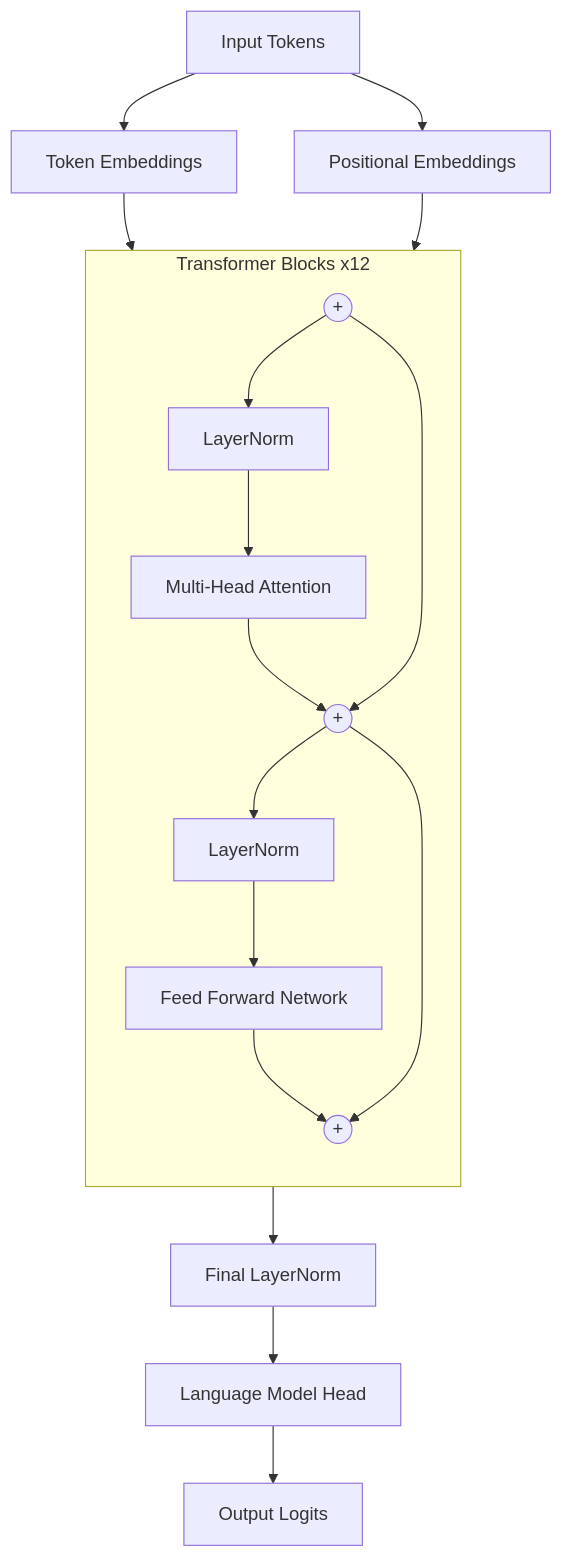
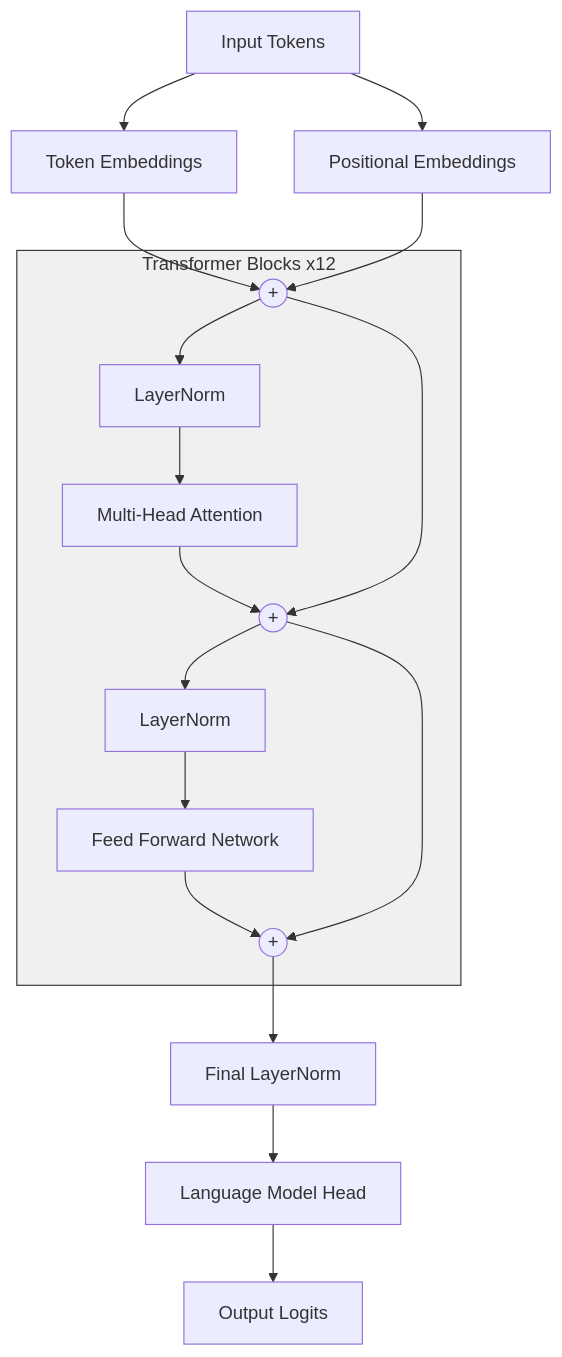
One commit to prateekcaire/GPT2-VictorianStories changed the first of 4 diagrams in victorian-stories-gpt/README.md. Above: the diagram before and after it, drawn with Mermaid.

Commit message:
fix model architecture

````diff
--- a/victorian-stories-gpt/README.md
+++ b/victorian-stories-gpt/README.md
@@ -45,25 +45,23 @@
 ```mermaid
 flowchart TB
     Input["Input Tokens"] --> TokenEmb["Token Embeddings"]
     Input --> PosEmb["Positional Embeddings"]
     
-    TokenEmb --> Add(("+"))
-    PosEmb --> Add
+    TokenEmb & PosEmb --> Add1(("+"))
     
     subgraph TransformerBlock["Transformer Blocks x12"]
-        direction TB
-        Add --> LN1["LayerNorm"]
-        LN1 --> Attention["Multi-Head Attention"]
-        Attention --> AddAtt(("+"))
-        Add --> AddAtt
+        Add1 --> Norm1["LayerNorm"]
+        Norm1 --> MHA["Multi-Head Attention"]
+        MHA & Add1 --> Add2(("+"))
         
-        AddAtt --> LN2["LayerNorm"]
-        LN2 --> FFN["Feed Forward Network"]
-        FFN --> AddFFN(("+"))
-        AddAtt --> AddFFN
+        Add2 --> Norm2["LayerNorm"]
+        Norm2 --> FFN["Feed Forward Network"]
+        FFN & Add2 --> Add3(("+"))
     end
     
-    AddFFN --> FinalLN["Final LayerNorm"]
-    FinalLN --> LMHead["Language Model Head"]
+    Add3 --> FinalNorm["Final LayerNorm"]
+    FinalNorm --> LMHead["Language Model Head"]
     LMHead --> Output["Output Logits"]
+
+    style TransformerBlock fill:#f0f0f0,stroke:#333,stroke-width:1px
 ```
````
